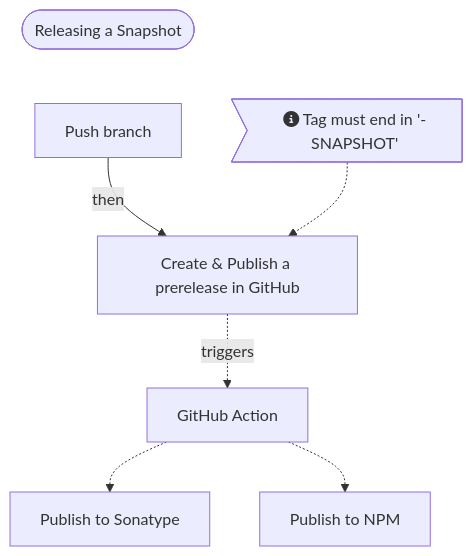
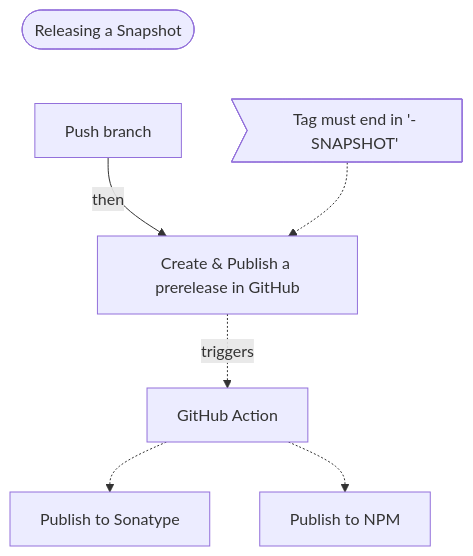
Before and after one commit to guardian/apps-rendering-api-models: the second of 2 diagrams in README.md, drawn with Mermaid. The commit also changed other lines of this file, not shown here.

Commit message:
Add a diagram for releasing new package versions

````diff
--- a/README.md
+++ b/README.md
@@ -35,20 +56,20 @@
 ```mermaid
 flowchart TD
     Title([Releasing a Snapshot])
-    Title ~~~ Step1
+    Title ~~~ PushBranch
 
-    Step1[Push branch]
-    Step2[Create & Publish a prerelease in GitHub]
-    Info>fa:fa-info-circle Tag must end in '-SNAPSHOT']
+    PushBranch[Push branch]
+    CreatePrerelease[Create & Publish a prerelease in GitHub]
+    Info>Tag must end in '-SNAPSHOT']
 
-    Step1 -- then --> Step2
-    Info -.-> Step2
-    
-    Step3[GitHub Action]
-    Step2 -. triggers .-> Step3
-    
-    Step4[Publish to Sonatype]
-    Step5[Publish to NPM]
-    Step3-.->Step4
-    Step3-.->Step5
+    PushBranch -- then --> CreatePrerelease
+    Info -.-> CreatePrerelease
+
+    GHA[GitHub Action]
+    CreatePrerelease -. triggers .-> GHA
+
+    Sonatype[Publish to Sonatype]
+    NPM[Publish to NPM]
+    GHA-.->Sonatype
+    GHA-.->NPM
 ```
````
